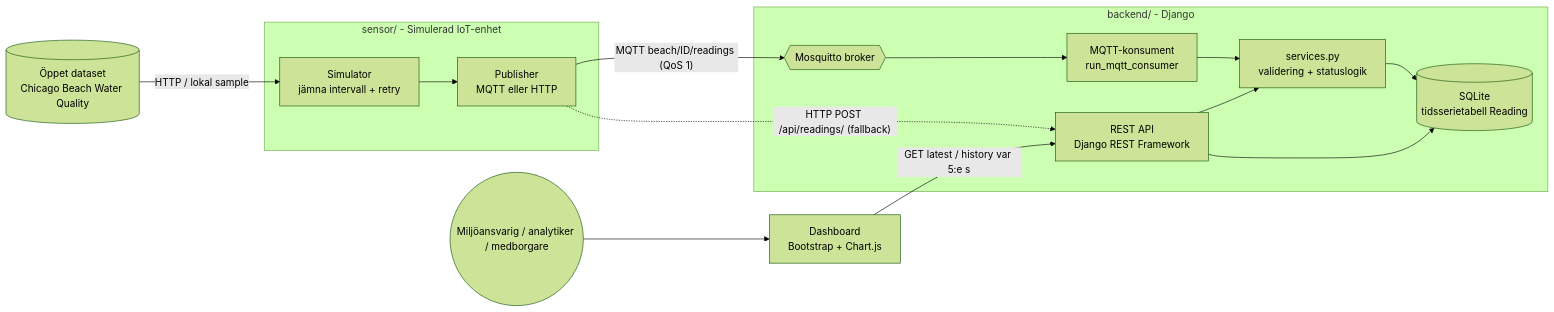
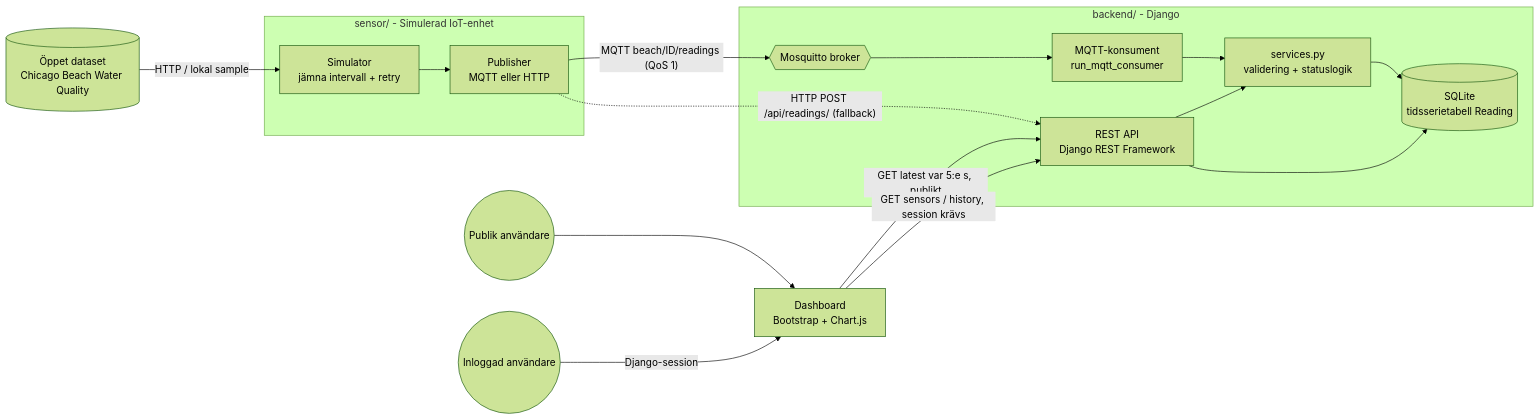
Before and after one commit to muhaka-1/smart-env-monitoring: the diagram in docs/ARCHITECTURE.md, drawn with Mermaid (forest theme). The commit also changed other lines of this file and 14 other files, not shown here.

````diff
--- a/docs/ARCHITECTURE.md
+++ b/docs/ARCHITECTURE.md
@@ -5,18 +5,20 @@
 ```mermaid
 flowchart LR
     DS[(Öppet dataset<br/>Chicago Beach Water Quality)] -->|HTTP / lokal sample| SIM
     subgraph Sensor["sensor/ - Simulerad IoT-enhet"]
         SIM[Simulator<br/>jämna intervall + retry] --> PUB[Publisher<br/>MQTT eller HTTP]
     end
     PUB -- "MQTT beach/ID/readings (QoS 1)" --> BR{{Mosquitto broker}}
     PUB -. "HTTP POST /api/readings/ (fallback)" .-> API
     subgraph Backend["backend/ - Django"]
         BR --> CON[MQTT-konsument<br/>run_mqtt_consumer]
         CON --> SVC[services.py<br/>validering + statuslogik]
         API[REST API<br/>Django REST Framework] --> SVC
         SVC --> DB[(SQLite<br/>tidsserietabell Reading)]
         API --> DB
     end
-    DASH[Dashboard<br/>Bootstrap + Chart.js] -->|GET latest / history var 5:e s| API
-    USER((Miljöansvarig / analytiker / medborgare)) --> DASH
+    PUBLIC((Publik användare)) --> DASH[Dashboard<br/>Bootstrap + Chart.js]
+    AUTH((Inloggad användare)) -->|Django-session| DASH
+    DASH -->|GET latest var 5:e s, publikt| API
+    DASH -->|GET sensors / history, session krävs| API
 ```
````
